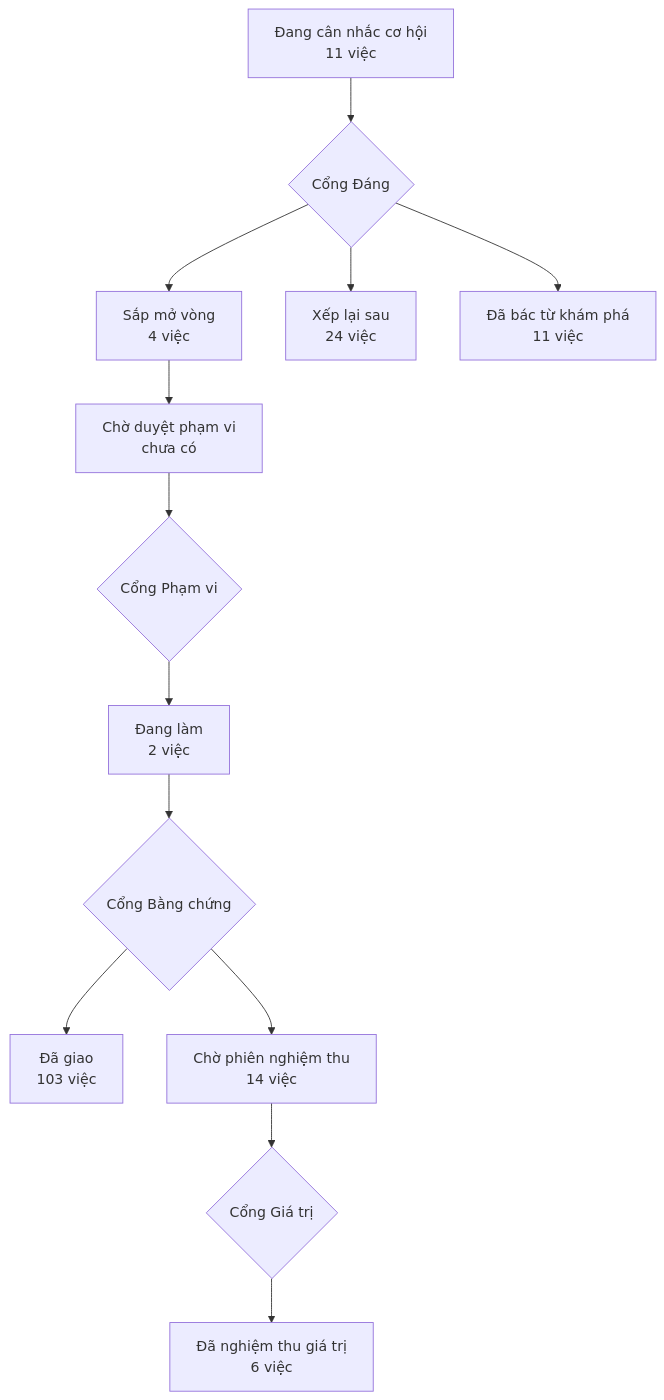
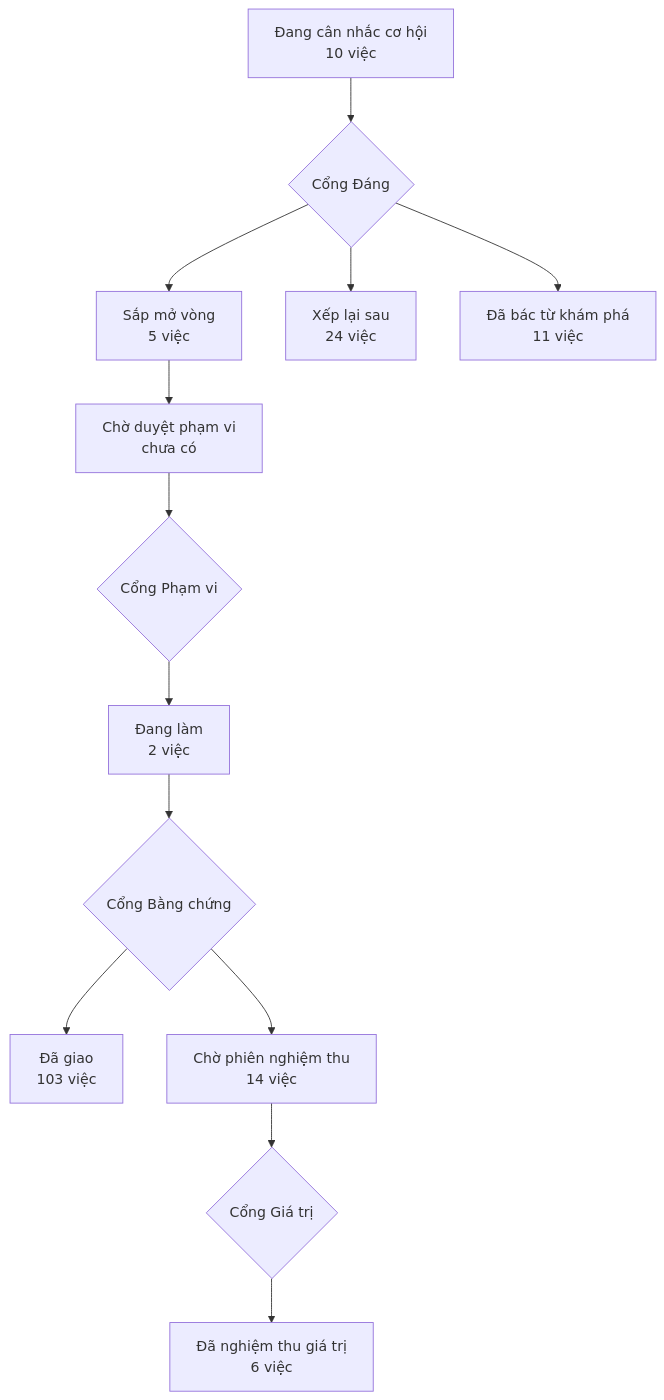
One commit to phanlemanh/acceptance-gate-kit changed the diagram in PRODUCT-MAP.md. Above: the diagram before and after it, drawn with Mermaid. The commit also changed 2 other files, not shown here.

Commit message:
docs(evals-sat-le-doc-du): Cổng Đáng KÝ build T3 — owner «Làm» 10/10
Ghi decision build, decided_by/decided_at, gỡ tiền tố đề xuất ở bốn dòng
ngưỡng (chốt cùng chữ «Làm»). Vẽ lại bản đồ xưởng và trang lộ trình.

````diff
--- a/PRODUCT-MAP.md
+++ b/PRODUCT-MAP.md
@@ -7,12 +7,12 @@
 ```mermaid
 flowchart TD
-  A["Đang cân nhắc cơ hội<br/>11 việc"] --> GD{"Cổng Đáng"}
-  GD --> B["Sắp mở vòng<br/>4 việc"]
+  A["Đang cân nhắc cơ hội<br/>10 việc"] --> GD{"Cổng Đáng"}
+  GD --> B["Sắp mở vòng<br/>5 việc"]
   GD --> XL["Xếp lại sau<br/>24 việc"]
   GD --> DB["Đã bác từ khám phá<br/>11 việc"]
   B --> CD["Chờ duyệt phạm vi<br/>chưa có"] --> GP{"Cổng Phạm vi"}
   GP --> DL["Đang làm<br/>2 việc"] --> GB{"Cổng Bằng chứng"}
   GB --> DG["Đã giao<br/>103 việc"]
   GB --> CN["Chờ phiên nghiệm thu<br/>14 việc"] --> GG{"Cổng Giá trị"}
   GG --> NT["Đã nghiệm thu giá trị<br/>6 việc"]
 ```
````
